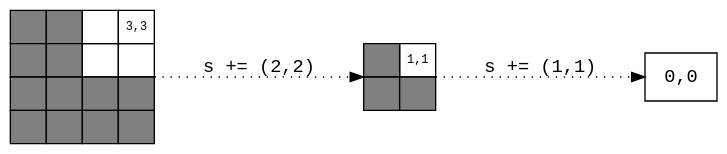
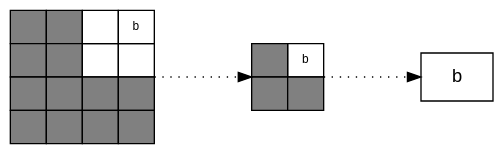
Before and after one commit to Eisenwave/voxel-compression-docs: the diagram in src/graphviz/octree_optimization.dot, drawn with Graphviz. The commit also changed 2 other files, not shown here.

Commit message:
fix octree optimization graph

```diff
--- a/src/graphviz/octree_optimization.dot
+++ b/src/graphviz/octree_optimization.dot
@@ -1,52 +1,52 @@
 digraph g {
     rankdir=LR
     bgcolor=transparent
     node [shape = record]
     
     a [shape=none, margin=0, label=<
     <TABLE BORDER="0" CELLBORDER="1" CELLSPACING="0" CELLPADDING="4">
         <tr>
             <td bgcolor="gray">  </td>
             <td bgcolor="gray">  </td>
             <td>  </td>
-            <td><font point-size="9">3,3</font></td>
+            <td><font point-size="9">b</font></td>
         </tr>
         <tr>
             <td bgcolor="gray">  </td>
             <td bgcolor="gray">  </td>
             <td> </td>
             <td> </td>
         </tr>
         <tr >
             <td bgcolor="gray">  </td>
             <td bgcolor="gray">  </td>
             <td bgcolor="gray">  </td>
             <td bgcolor="gray">  </td>
         </tr>
         <tr>
             <td bgcolor="gray">  </td>
             <td bgcolor="gray">  </td>
             <td bgcolor="gray">  </td>
             <td bgcolor="gray">  </td>
         </tr>
     </TABLE>
     >,fontname="monospace"]
     
     b [shape=none, margin=0, label=<
     <TABLE BORDER="0" CELLBORDER="1" CELLSPACING="0" CELLPADDING="4">
         <tr>
             <td bgcolor="gray">  </td>
-            <td><font point-size="9">1,1</font></td>
+            <td><font point-size="9">b</font></td>
         </tr>
         <tr>
             <td bgcolor="gray">  </td>
             <td bgcolor="gray">  </td>
         </tr>
     </TABLE>
     >,fontname="monospace"]
     
-    c [shape=box,label="0,0",fontname="monospace"]
+    c [shape=box,label="b",fontname="monospace"]
     
-    a -> b [style=dotted,minlen=2,label="s += (2,2)",fontname="monospace"]
-    b -> c [style=dotted,minlen=2,label="s += (1,1)",fontname="monospace"]
+    a -> b [style=dotted,minlen=2,fontname="monospace"]
+    b -> c [style=dotted,minlen=2,fontname="monospace"]
 } 
```
